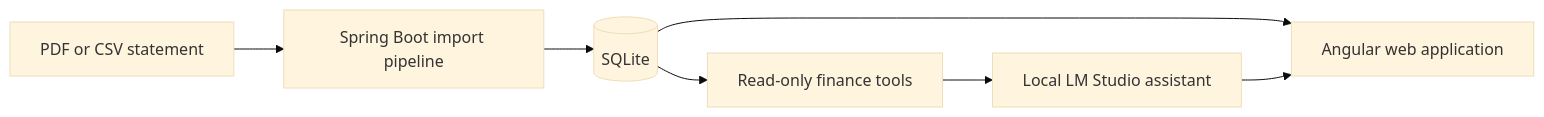
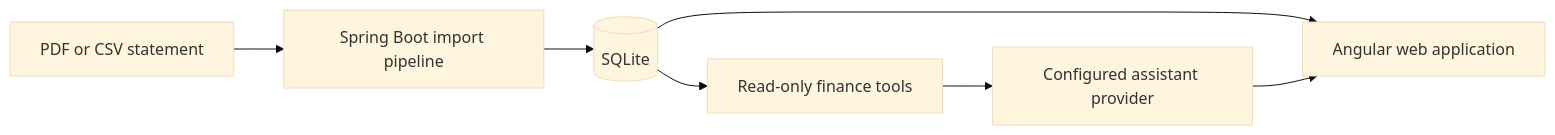
The diagram in README.md (prprathikantam1991/personal-finance-tracker), drawn with Mermaid (base theme) before and after one commit. The commit also changed other lines of this file and 10 other files, not shown here.

````diff
--- a/README.md
+++ b/README.md
@@ -24,9 +24,9 @@
 ```mermaid
 flowchart LR
     S[PDF or CSV statement] --> I[Spring Boot import pipeline]
     I --> D[(SQLite)]
     D --> W[Angular web application]
     D --> T[Read-only finance tools]
-    T --> A[Local LM Studio assistant]
+    T --> A[Configured assistant provider]
     A --> W
 ```
````
